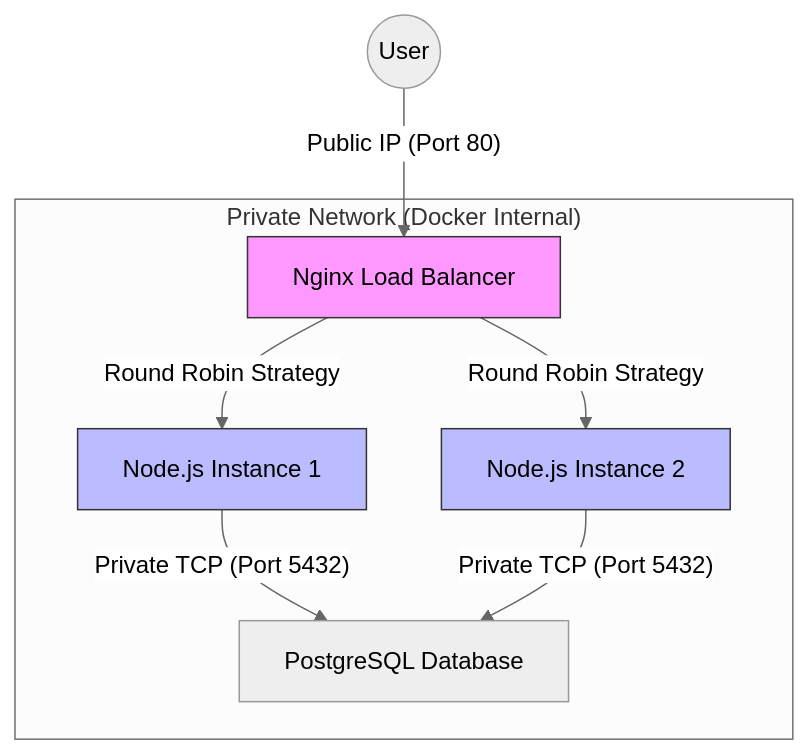
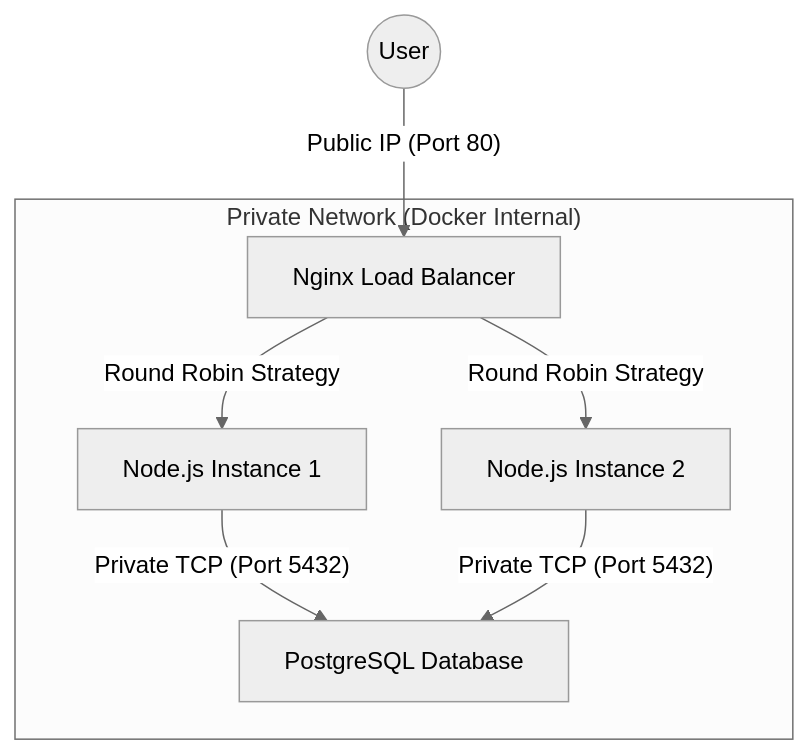
Before and after one commit to arsalanbardsiri/load-balancer: the diagram in system_design_notes.md, drawn with Mermaid (neutral theme).

Commit message:
fix: mermaid remove the styles on notes

````diff
--- a/system_design_notes.md
+++ b/system_design_notes.md
@@ -15,15 +15,11 @@
 ```mermaid
 graph TD
     User((User)) -->|"Public IP (Port 80)"| LB[Nginx Load Balancer]
     
     subgraph "Private Network (Docker Internal)"
     LB -->|Round Robin Strategy| Web1[Node.js Instance 1]
     LB -->|Round Robin Strategy| Web2[Node.js Instance 2]
     Web1 -->|"Private TCP (Port 5432)"| DB["PostgreSQL Database"]
     Web2 -->|"Private TCP (Port 5432)"| DB
     end
-    
-    style LB fill:#f9f,stroke:#333
-    style Web1 fill:#bbf,stroke:#333
-    style Web2 fill:#bbf,stroke:#333
 ```
````
